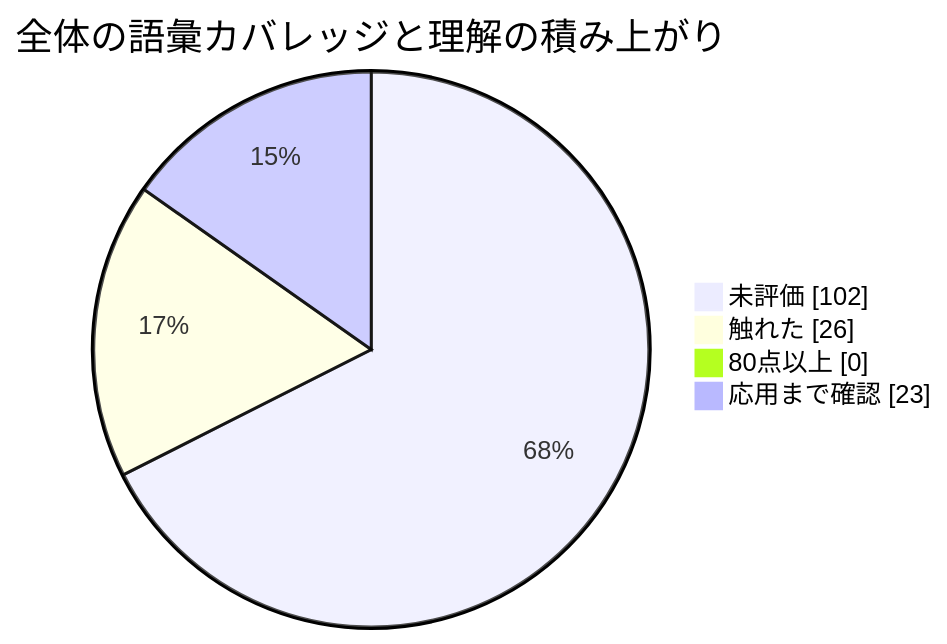
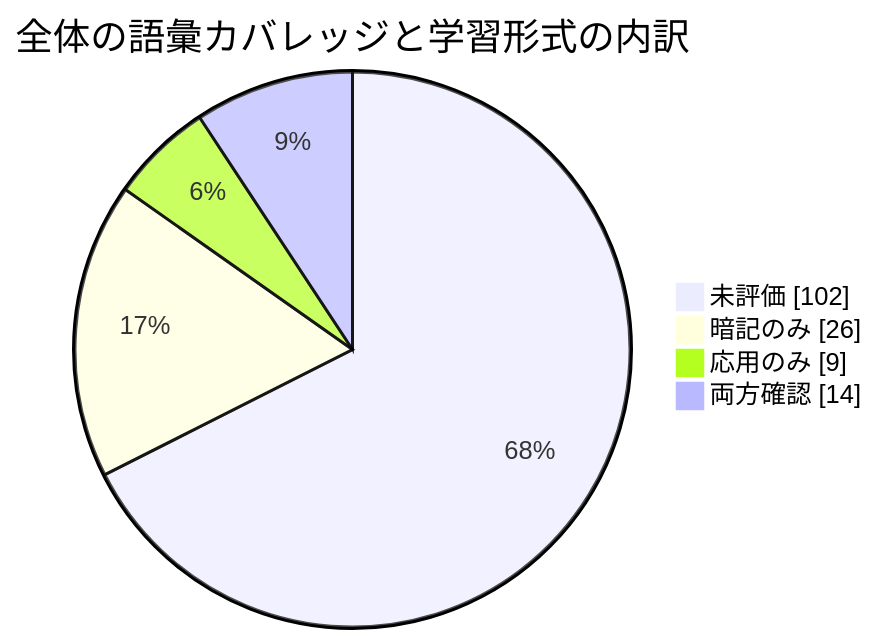
Before and after one commit to ryusuke2003/security-specialist-study: the diagram in 進捗/モチベ.md, drawn with Mermaid. The commit also changed other lines of this file and 3 other files, not shown here.

````diff
--- a/進捗/モチベ.md
+++ b/進捗/モチベ.md
@@ -5,8 +5,8 @@
 ```mermaid
 pie showData
-    title 全体の語彙カバレッジと理解の積み上がり
+    title 全体の語彙カバレッジと学習形式の内訳
     "未評価" : 102
-    "触れた" : 26
-    "80点以上" : 0
-    "応用まで確認" : 23
+    "暗記のみ" : 26
+    "応用のみ" : 9
+    "両方確認" : 14
 ```
````
